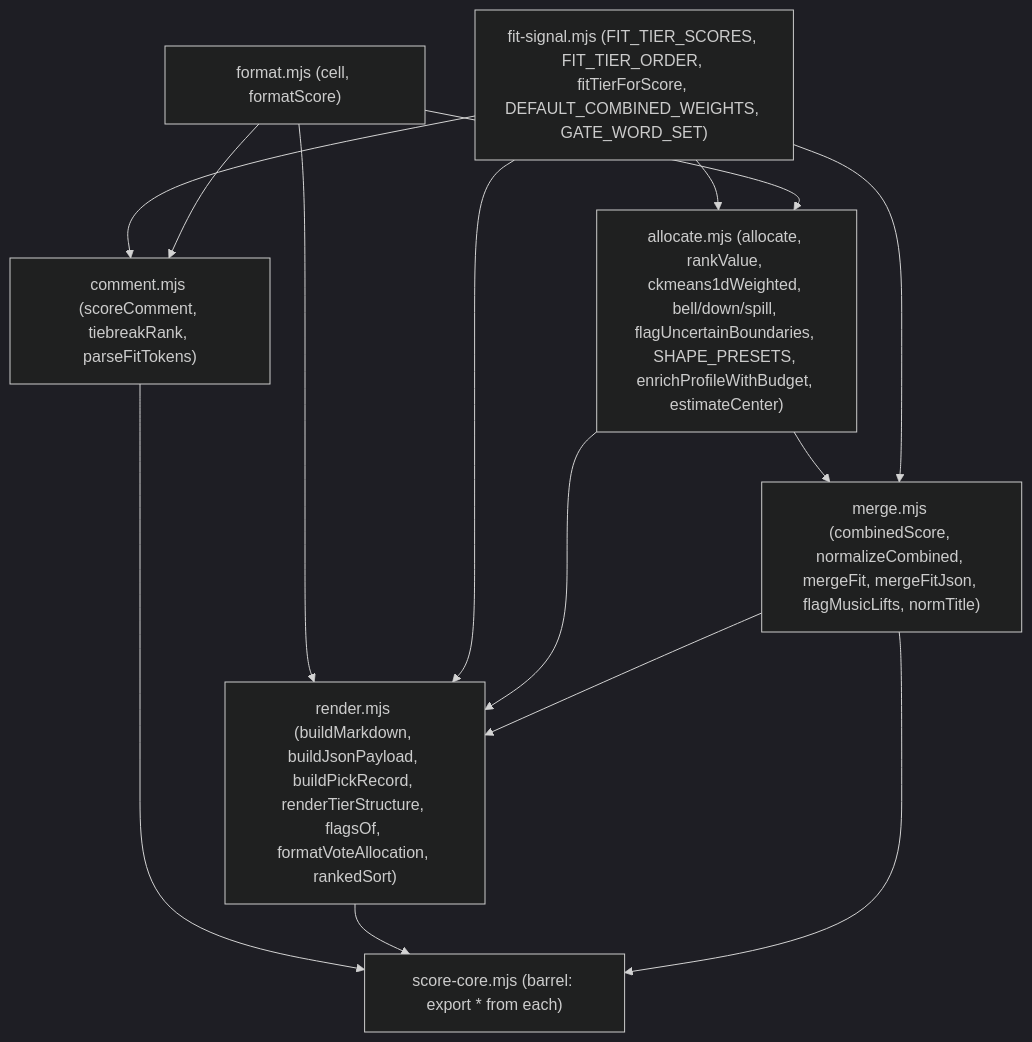
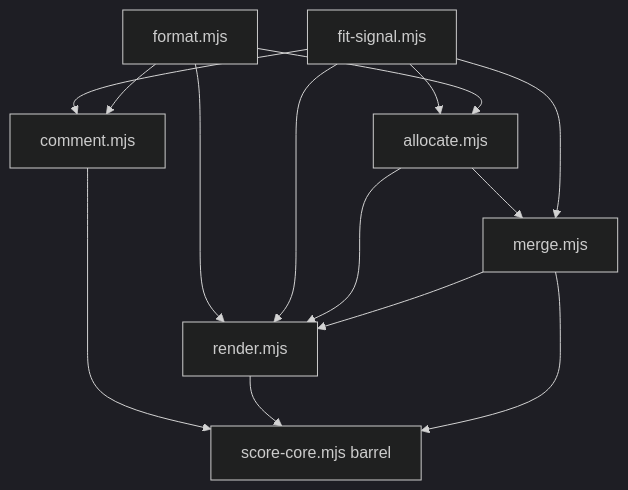
The diagram in .cursor/plans/split-score-core-into-modules.plan.md (bbailey27/music-league-voting-assistant), drawn with Mermaid (dark theme) before and after one commit. The commit also changed other lines of this file and 19 other files, not shown here.

````diff
--- a/.cursor/plans/split-score-core-into-modules.plan.md
+++ b/.cursor/plans/split-score-core-into-modules.plan.md
@@ -21,24 +29,24 @@
 ```mermaid
 graph TD
-  format["format.mjs (cell, formatScore)"]
-  fit["fit-signal.mjs (FIT_TIER_SCORES, FIT_TIER_ORDER, fitTierForScore, DEFAULT_COMBINED_WEIGHTS, GATE_WORD_SET)"]
-  comment["comment.mjs (scoreComment, tiebreakRank, parseFitTokens)"]
-  allocate["allocate.mjs (allocate, rankValue, ckmeans1dWeighted, bell/down/spill, flagUncertainBoundaries, SHAPE_PRESETS, enrichProfileWithBudget, estimateCenter)"]
-  merge["merge.mjs (combinedScore, normalizeCombined, mergeFit, mergeFitJson, flagMusicLifts, normTitle)"]
-  render["render.mjs (buildMarkdown, buildJsonPayload, buildPickRecord, renderTierStructure, flagsOf, formatVoteAllocation, rankedSort)"]
-  barrel["score-core.mjs (barrel: export * from each)"]
+  format["format.mjs"]
+  fit["fit-signal.mjs"]
+  comment["comment.mjs"]
+  allocate["allocate.mjs"]
+  merge["merge.mjs"]
+  render["render.mjs"]
+  barrel["score-core.mjs barrel"]
 
   fit --> comment
   format --> comment
   fit --> allocate
   format --> allocate
   allocate --> merge
   fit --> merge
   format --> render
   fit --> render
   allocate --> render
   merge --> render
   comment --> barrel
   render --> barrel
   merge --> barrel
 ```
````
